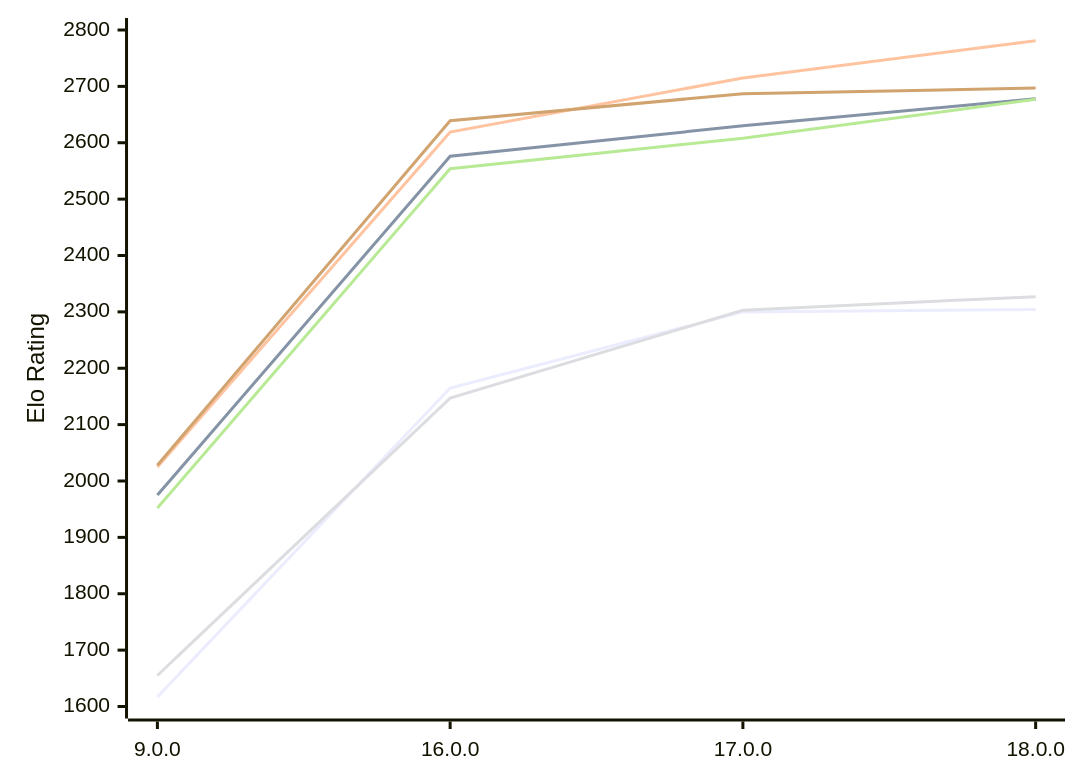
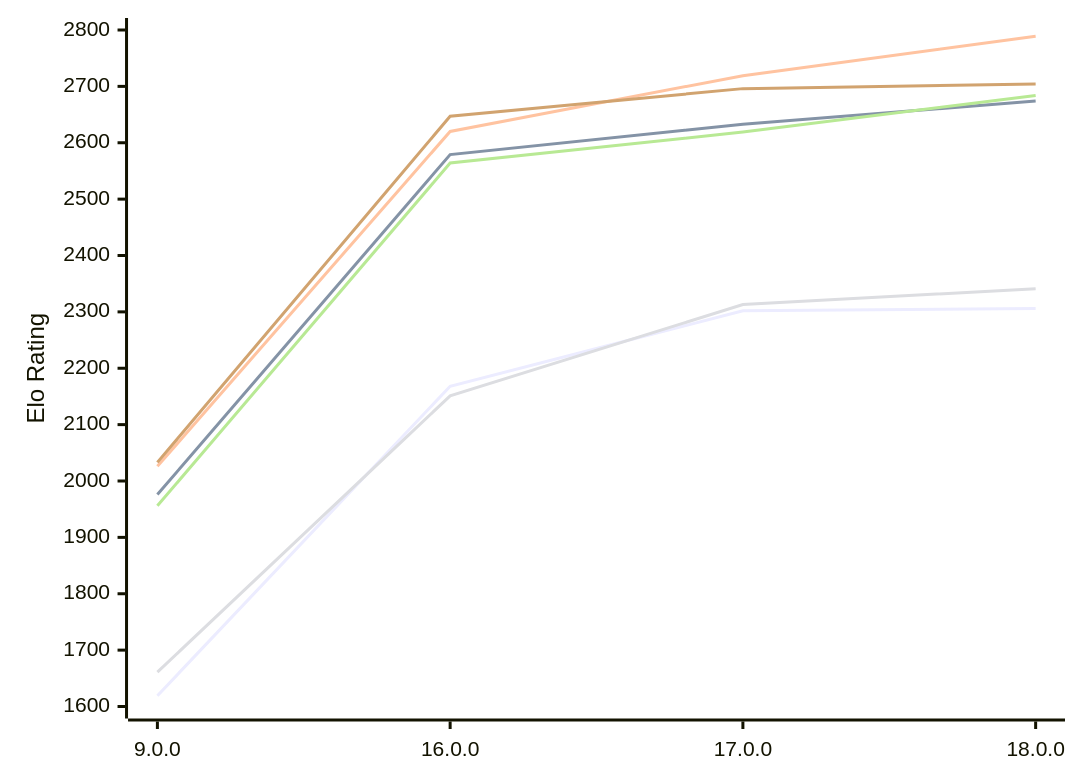
The first of 2 diagrams in engines/Cepimetheus.md (computer-chess-index/cci), drawn with Mermaid before and after one commit. The commit also changed other lines of this file, not shown here.

Commit message:
Update CCI Ratings (ELO VLTC) - 2026-11-25

````diff
--- a/engines/Cepimetheus.md
+++ b/engines/Cepimetheus.md
@@ -66,12 +66,12 @@
 ```mermaid
 %%{init: {"theme":"base","themeVariables":{"seriesColors:['#a3a3a3','#222221','#faa371']}}}%%
 xychart-beta
   x-axis ["9.0.0", "16.0.0", "17.0.0", "18.0.0"]
   y-axis "Elo Rating" 1600 --> 2800
-  line "E1: STC (8.0+0.08s)" [1617, 2165, 2300, 2304]
-  line "E1: LTC (60.0+0.60s)" [1975, 2576, 2630, 2678]
-  line "E1: VLTC (2m24s+1.12s)" [2025, 2619, 2715, 2781]
-  line "P1: STC (8.0+0.08s)" [1655, 2147, 2303, 2327]
-  line "P1: LTC (60.0+0.60s)" [1952, 2554, 2608, 2677]
-  line "P1: VLTC (2m24s+1.12s)" [2028, 2639, 2687, 2697]
+  line "E1: STC (8.0+0.08s)" [1619, 2168, 2302, 2306]
+  line "E1: LTC (60.0+0.60s)" [1976, 2579, 2633, 2674]
+  line "E1: VLTC (2m24s+1.12s)" [2026, 2620, 2719, 2789]
+  line "P1: STC (8.0+0.08s)" [1661, 2151, 2313, 2341]
+  line "P1: LTC (60.0+0.60s)" [1956, 2564, 2619, 2684]
+  line "P1: VLTC (2m24s+1.12s)" [2033, 2647, 2696, 2704]
 ```
````
